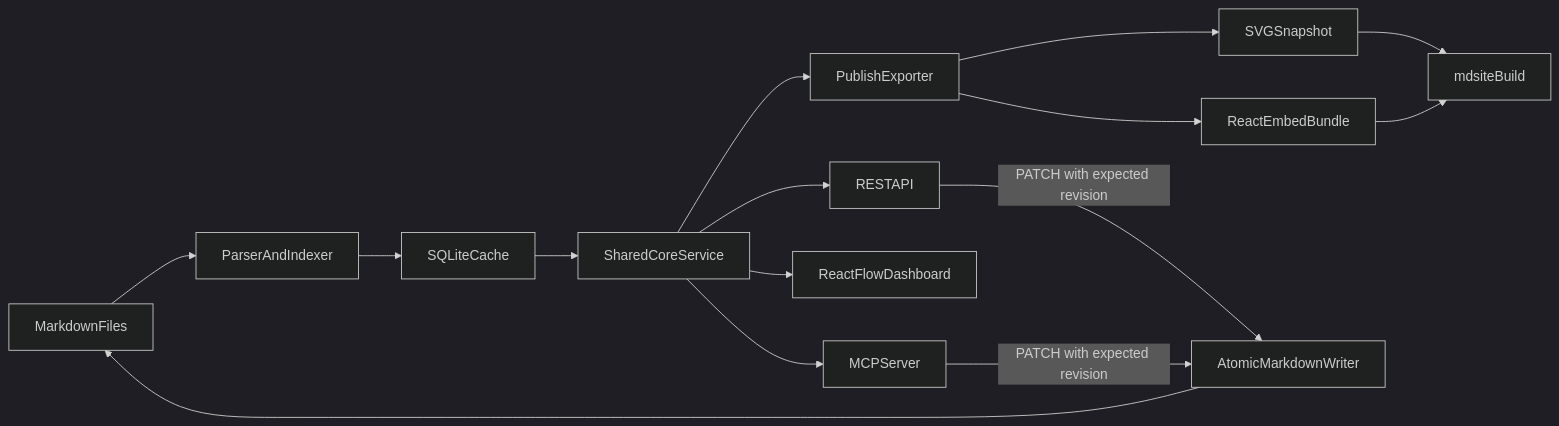
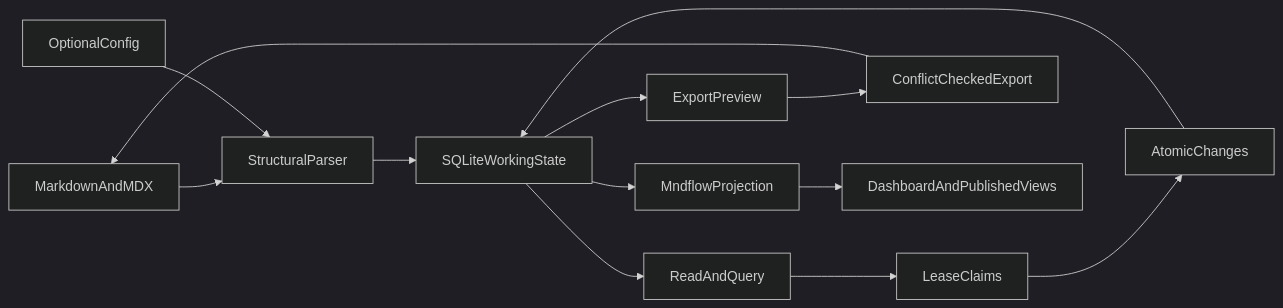
The diagram in plan.md (kotulc/mndmap), drawn with Mermaid (dark theme) before and after one commit. The commit also changed other lines of this file, not shown here.

````diff
--- a/plan.md
+++ b/plan.md
@@ -10,17 +17,15 @@
 ```mermaid
 flowchart LR
-    Docs[MarkdownFiles] --> Scanner[ParserAndIndexer]
-    Scanner --> Cache[SQLiteCache]
-    Cache --> Service[SharedCoreService]
-    Service --> Api[RESTAPI]
-    Service --> Mcp[MCPServer]
-    Service --> Dashboard[ReactFlowDashboard]
-    Service --> Exporter[PublishExporter]
-    Exporter --> Svg[SVGSnapshot]
-    Exporter --> Embed[ReactEmbedBundle]
-    Svg --> Mdsite[mdsiteBuild]
-    Embed --> Mdsite
-    Api -->|"PATCH with expected revision"| Writer[AtomicMarkdownWriter]
-    Mcp -->|"PATCH with expected revision"| Writer
-    Writer --> Docs
+    Docs[MarkdownAndMDX] --> Parse[StructuralParser]
+    Config[OptionalConfig] --> Parse
+    Parse --> State[SQLiteWorkingState]
+    State --> Query[ReadAndQuery]
+    Query --> Claims[LeaseClaims]
+    Claims --> Changes[AtomicChanges]
+    Changes --> State
+    State --> Preview[ExportPreview]
+    Preview --> Write[ConflictCheckedExport]
+    Write --> Docs
+    State --> Graph[MndflowProjection]
+    Graph --> Dashboard[DashboardAndPublishedViews]
 ```
````
